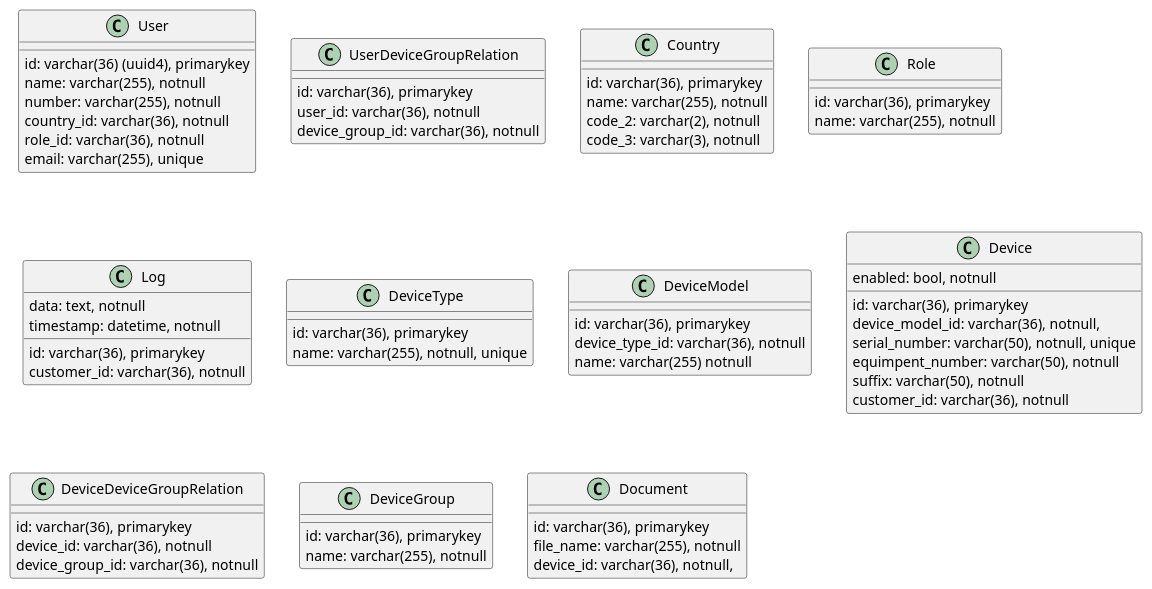
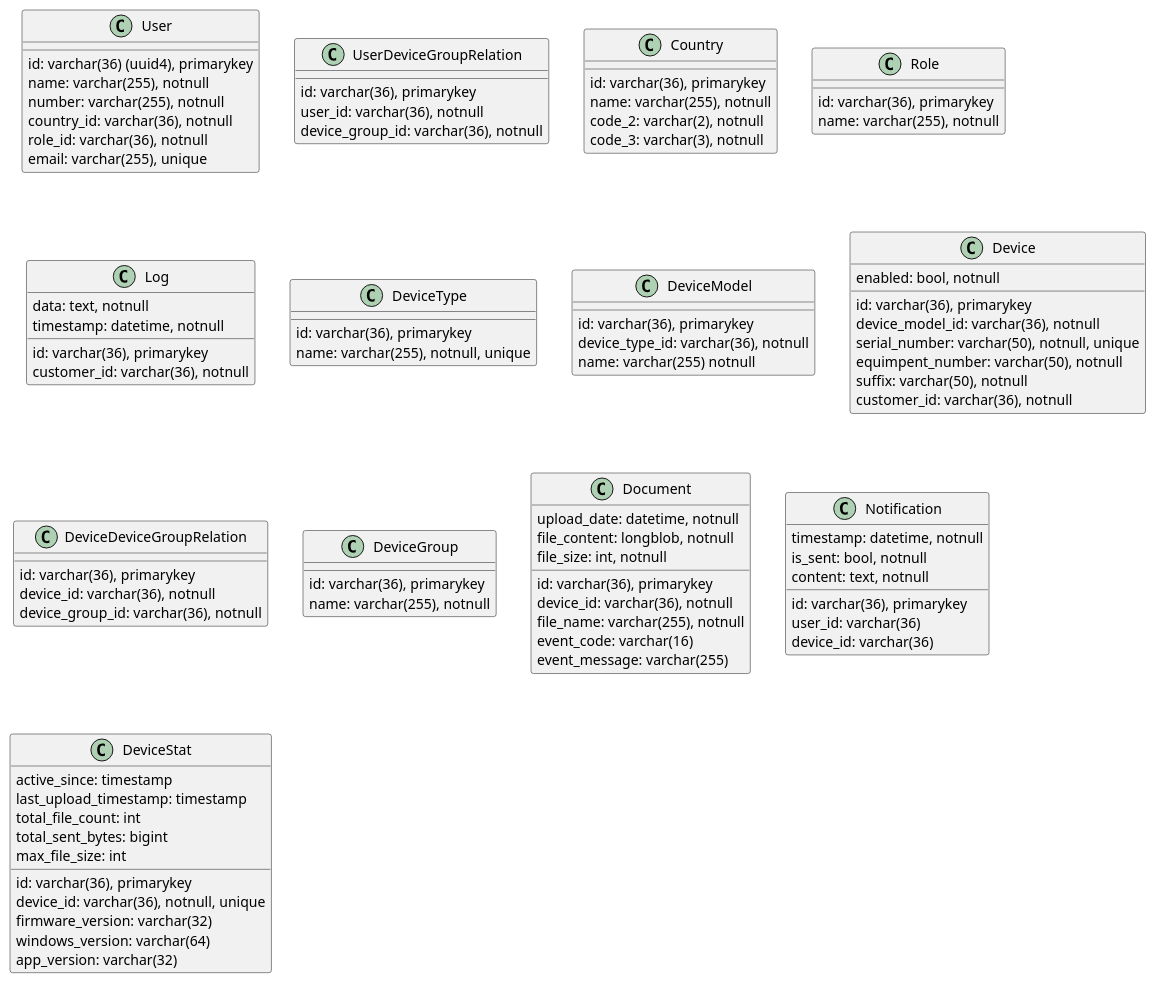
The diagram in diagram.puml (aCrYoZPS/db), drawn with PlantUML before and after one commit.

Commit message:
diagram finished

```diff
--- a/diagram.puml
+++ b/diagram.puml
@@ -1,74 +1,100 @@
 @startuml
 class User{
     id: varchar(36) (uuid4), primarykey
     name: varchar(255), notnull
     number: varchar(255), notnull
     country_id: varchar(36), notnull
     role_id: varchar(36), notnull
     email: varchar(255), unique
 }
 
 class UserDeviceGroupRelation {
     id: varchar(36), primarykey
     user_id: varchar(36), notnull
     device_group_id: varchar(36), notnull
 }
 
 class Country{
     id: varchar(36), primarykey
     name: varchar(255), notnull
     code_2: varchar(2), notnull
     code_3: varchar(3), notnull
 }
 
 class Role {
     id: varchar(36), primarykey
     name: varchar(255), notnull
 }
 
 class Log {
     id: varchar(36), primarykey
     customer_id: varchar(36), notnull
     data: text, notnull
     timestamp: datetime, notnull
 }
 
 class DeviceType {
     id: varchar(36), primarykey
     name: varchar(255), notnull, unique
 }
 
 class DeviceModel {
     id: varchar(36), primarykey
     device_type_id: varchar(36), notnull
     name: varchar(255) notnull
 }
 
 class Device {
     id: varchar(36), primarykey
-    device_model_id: varchar(36), notnull,
+    device_model_id: varchar(36), notnull
     serial_number: varchar(50), notnull, unique
     equimpent_number: varchar(50), notnull
     suffix: varchar(50), notnull
     customer_id: varchar(36), notnull
     enabled: bool, notnull
 }
 
 class DeviceDeviceGroupRelation {
     id: varchar(36), primarykey
     device_id: varchar(36), notnull
     device_group_id: varchar(36), notnull
 }
 
 class DeviceGroup {
     id: varchar(36), primarykey
     name: varchar(255), notnull
 }
 
 class Document{
     id: varchar(36), primarykey
+    device_id: varchar(36), notnull
+    upload_date: datetime, notnull
     file_name: varchar(255), notnull
-    device_id: varchar(36), notnull,
+    file_content: longblob, notnull
+    file_size: int, notnull
+    event_code: varchar(16)
+    event_message: varchar(255)
+}
 
+class Notification {
+    id: varchar(36), primarykey
+    user_id: varchar(36)
+    device_id: varchar(36)
+    timestamp: datetime, notnull
+    is_sent: bool, notnull
+    content: text, notnull
+}
+
+class DeviceStat {
+    id: varchar(36), primarykey
+    device_id: varchar(36), notnull, unique
+    active_since: timestamp
+    last_upload_timestamp: timestamp
+    total_file_count: int
+    total_sent_bytes: bigint
+    max_file_size: int
+    firmware_version: varchar(32)
+    windows_version: varchar(64)
+    app_version: varchar(32)
 }
 @enduml
```
